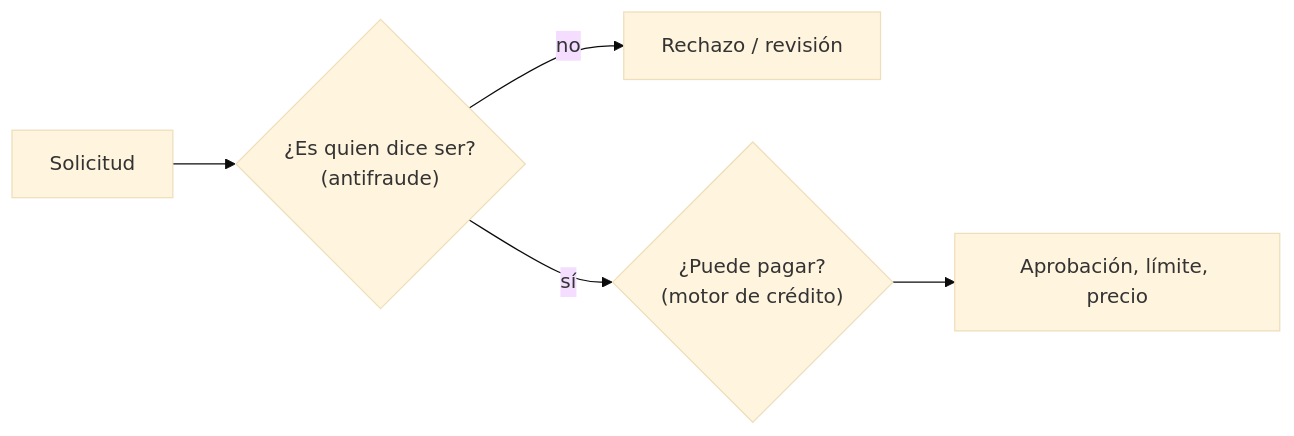
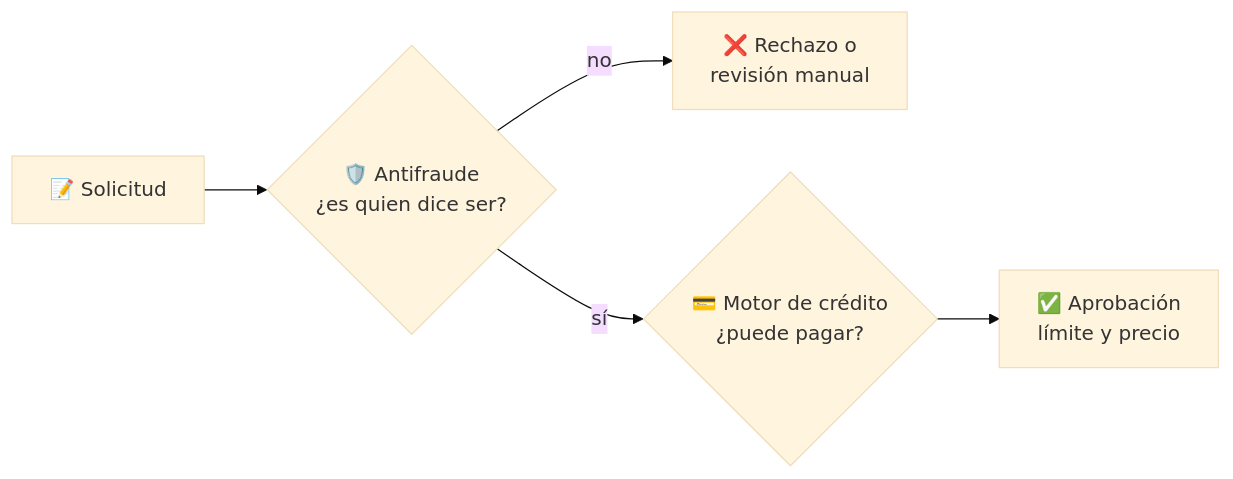
The first of 9 diagrams in docs/guia.md (neiderolaya26/fraud-agent-lab), drawn with Mermaid (base theme) before and after one commit. The commit also changed other lines of this file and 1 other file, not shown here.

````diff
--- a/docs/guia.md
+++ b/docs/guia.md
@@ -26,7 +26,7 @@
 ```mermaid
 flowchart LR
-    A["Solicitud"] --> B{"¿Es quien dice ser?<br/>(antifraude)"}
-    B -- no --> X["Rechazo / revisión"]
-    B -- sí --> C{"¿Puede pagar?<br/>(motor de crédito)"}
-    C --> D["Aprobación, límite, precio"]
+    A["📝 Solicitud"] --> B{"🛡️ Antifraude<br/>¿es quien dice ser?"}
+    B -- "no" --> X["❌ Rechazo o<br/>revisión manual"]
+    B -- "sí" --> C{"💳 Motor de crédito<br/>¿puede pagar?"}
+    C --> D["✅ Aprobación<br/>límite y precio"]
 ```
````
